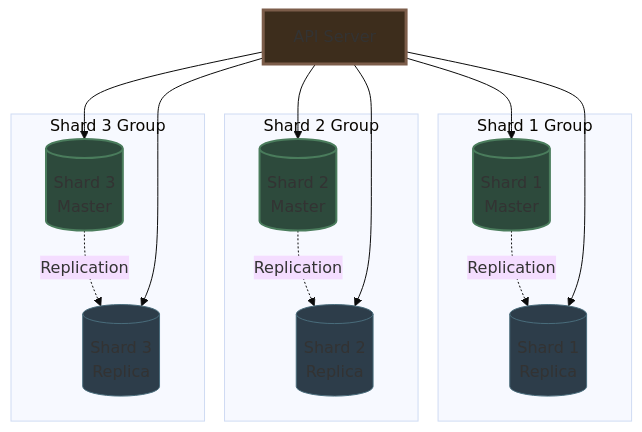
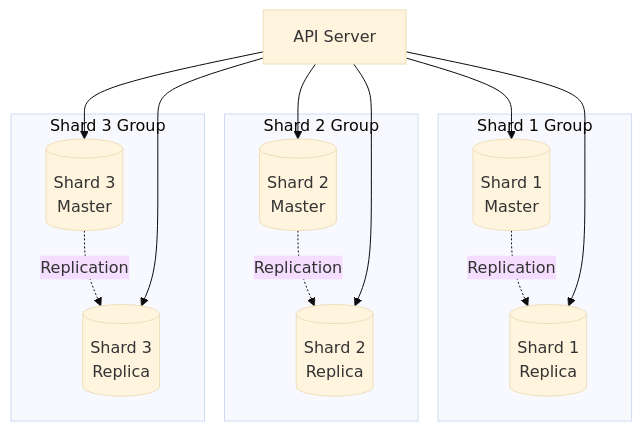
Before and after one commit to Yash-Kavaiya/The-System-Design-Masterclass: diagram 14 of 19 in system design beginner/7. Scaling Databases.md, drawn with Mermaid (base theme). The commit also changed other lines of this file, not shown here.

````diff
--- a/system design beginner/7. Scaling Databases.md
+++ b/system design beginner/7. Scaling Databases.md
@@ -434,37 +395,30 @@
 ```mermaid
 graph TB
     API[API Server]
     
     subgraph Shard1Group["Shard 1 Group"]
         S1M[(Shard 1<br/>Master)]
         S1R[(Shard 1<br/>Replica)]
         S1M -.->|Replication| S1R
     end
     
     subgraph Shard2Group["Shard 2 Group"]
         S2M[(Shard 2<br/>Master)]
         S2R[(Shard 2<br/>Replica)]
         S2M -.->|Replication| S2R
     end
     
     subgraph Shard3Group["Shard 3 Group"]
         S3M[(Shard 3<br/>Master)]
         S3R[(Shard 3<br/>Replica)]
         S3M -.->|Replication| S3R
     end
     
     API --> S1M
     API --> S1R
     API --> S2M
     API --> S2R
     API --> S3M
     API --> S3R
     
-    style API fill:#3d2d1c,stroke:#7c5d4a,stroke-width:3px
-    style S1M fill:#2d4a3c,stroke:#4a7c5c,stroke-width:2px
-    style S2M fill:#2d4a3c,stroke:#4a7c5c,stroke-width:2px
-    style S3M fill:#2d4a3c,stroke:#4a7c5c,stroke-width:2px
-    style S1R fill:#2d3d4a,stroke:#4a6d7c
-    style S2R fill:#2d3d4a,stroke:#4a6d7c
-    style S3R fill:#2d3d4a,stroke:#4a6d7c
 ```
````
